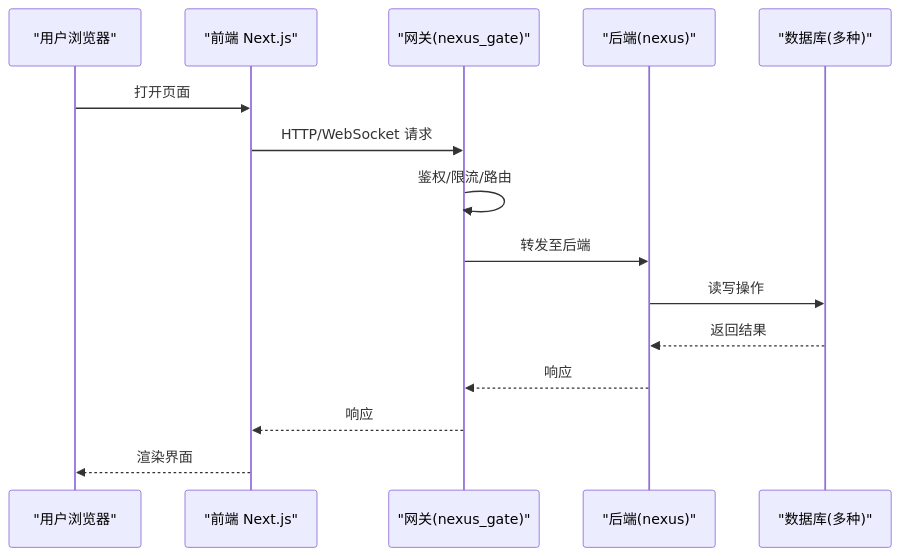
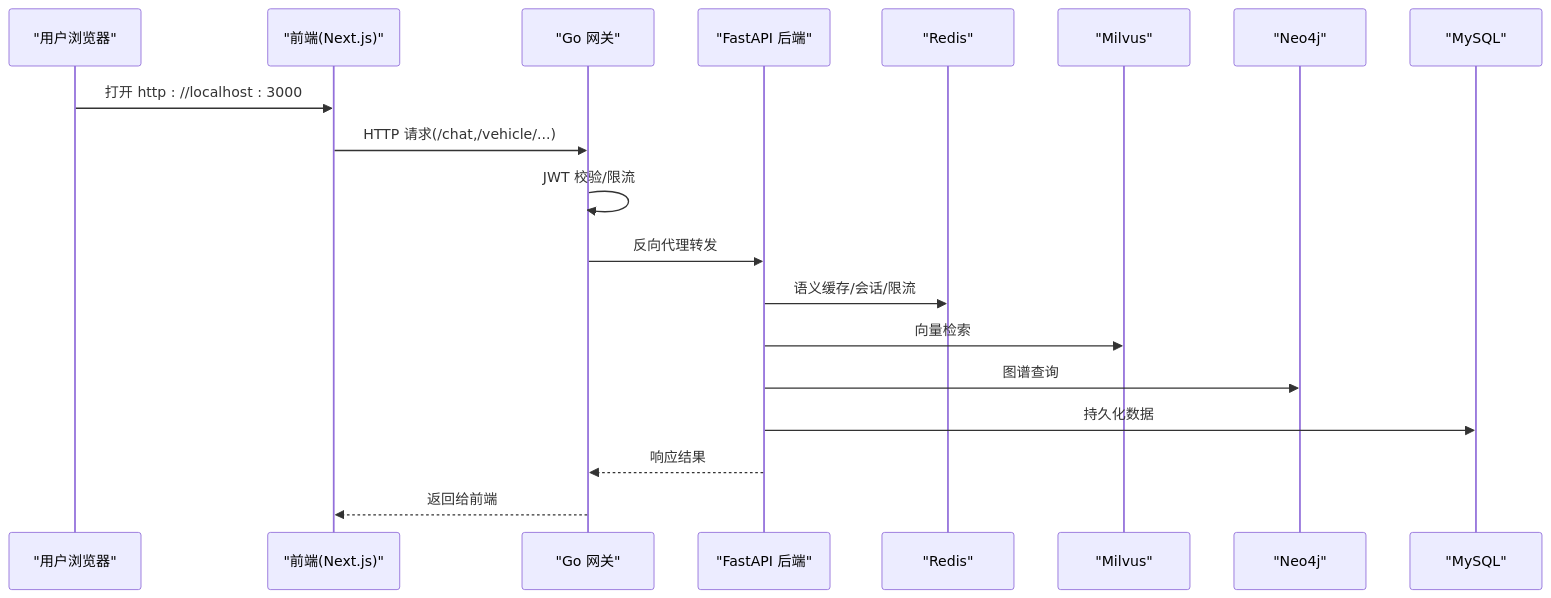
Before and after one commit to zmdhdu/NexusCockpit: the second of 3 diagrams in .qoder/repowiki/zh/content/快速开始.md, drawn with Mermaid. The commit also changed other lines of this file and 516 other files, not shown here.

````diff
--- a/.qoder/repowiki/zh/content/快速开始.md
+++ b/.qoder/repowiki/zh/content/快速开始.md
@@ -125,17 +95,21 @@
 ```mermaid
 sequenceDiagram
 participant U as "用户浏览器"
-participant FE as "前端 Next.js"
-participant GW as "网关(nexus_gate)"
-participant BE as "后端(nexus)"
-participant DB as "数据库(多种)"
-U->>FE : 打开页面
-FE->>GW : HTTP/WebSocket 请求
-GW->>GW : 鉴权/限流/路由
-GW->>BE : 转发至后端
-BE->>DB : 读写操作
-DB-->>BE : 返回结果
-BE-->>GW : 响应
-GW-->>FE : 响应
-FE-->>U : 渲染界面
+participant FE as "前端(Next.js)"
+participant GW as "Go 网关"
+participant API as "FastAPI 后端"
+participant R as "Redis"
+participant V as "Milvus"
+participant G as "Neo4j"
+participant DB as "MySQL"
+U->>FE : 打开 http : //localhost : 3000
+FE->>GW : HTTP 请求(/chat,/vehicle/...)
+GW->>GW : JWT 校验/限流
+GW->>API : 反向代理转发
+API->>R : 语义缓存/会话/限流
+API->>V : 向量检索
+API->>G : 图谱查询
+API->>DB : 持久化数据
+API-->>GW : 响应结果
+GW-->>FE : 返回给前端
 ```
````
